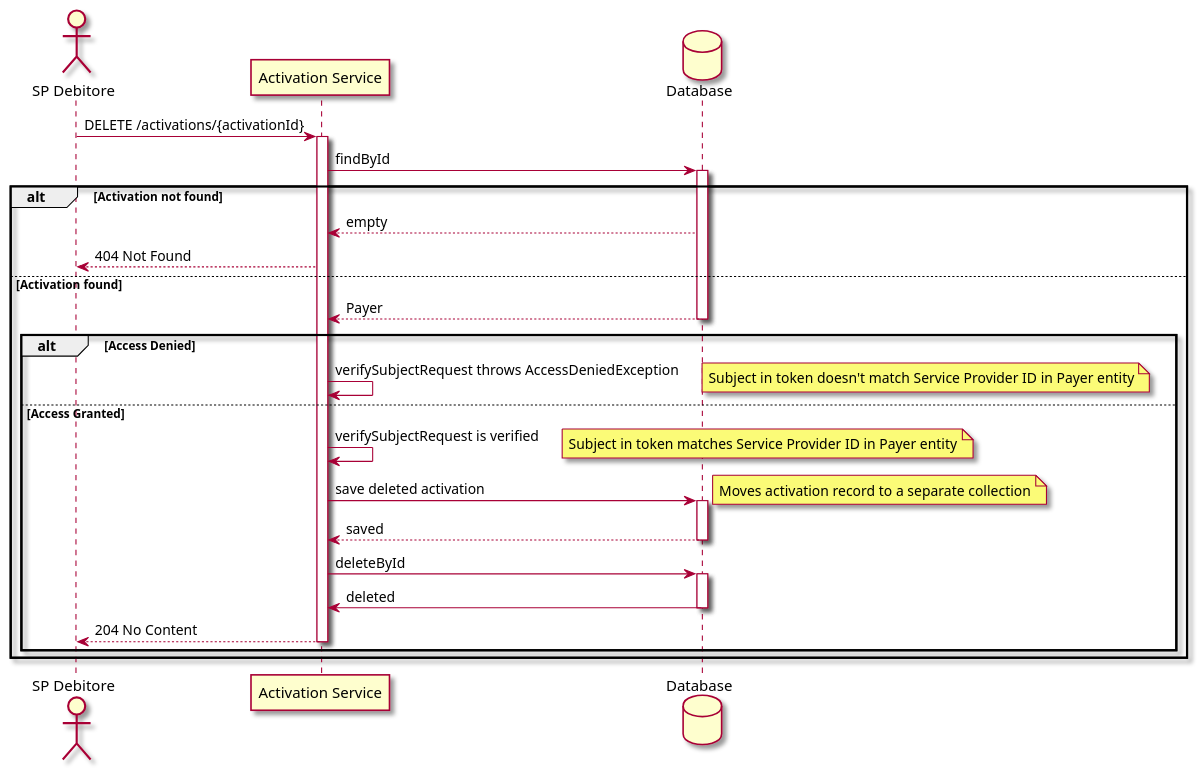
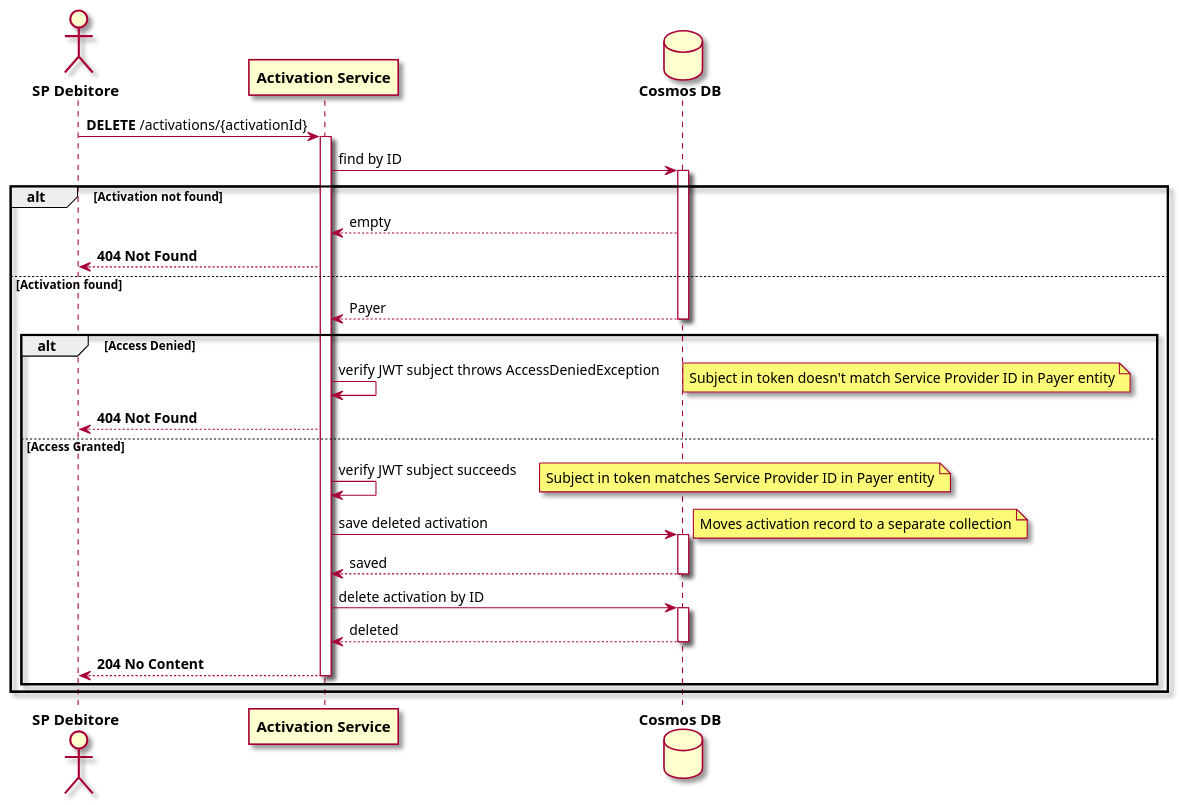
The diagram in diagrams/deactivation.puml (pagopa/rtp-docs), drawn with PlantUML before and after one commit.

Commit message:
feat: [SRTP-508] polish labels

```diff
--- a/diagrams/deactivation.puml
+++ b/diagrams/deactivation.puml
@@ -1,48 +1,43 @@
 @startuml
 
 skin rose
-actor "SP Debitore" as SPD
-participant "Activation Service" as AS
-database "Database" as DB
+actor "**SP Debitore**" as SPD
+participant "**Activation Service**" as AS
+database "**Cosmos DB**" as DB
 
-SPD -> AS: DELETE /activations/{activationId}
-activate AS
+SPD -> AS++: **DELETE** /activations/{activationId}
 
-AS -> DB: findById
+AS -> DB: find by ID
 activate DB
 
-alt Activation not found
+alt **Activation not found**
     DB --> AS: empty
-    AS --> SPD: 404 Not Found
+    AS --> SPD: **404 Not Found**
 
-else Activation found
+else **Activation found**
     DB --> AS: Payer
     deactivate DB
 
-    alt Access Denied
-        AS -> AS: verifySubjectRequest throws AccessDeniedException
+    alt **Access Denied**
+        AS -> AS: verify JWT subject throws AccessDeniedException
         note right: Subject in token doesn't match Service Provider ID in Payer entity
+        AS --> SPD: **404 Not Found**
 
-    else Access Granted
-        AS -> AS: verifySubjectRequest is verified
+    else **Access Granted**
+        AS -> AS: verify JWT subject succeeds
         note right: Subject in token matches Service Provider ID in Payer entity
 
-        AS -> DB: save deleted activation
+        AS -> DB++: save deleted activation
         note right: Moves activation record to a separate collection
-        activate DB
 
-        DB --> AS: saved
-        deactivate DB
+        return saved
 
-        AS -> DB: deleteById
-        activate DB
+        AS -> DB++: delete activation by ID
+        return deleted
 
-        DB -> AS: deleted
-        deactivate DB
-
-        AS --> SPD: 204 No Content
+        AS --> SPD: **204 No Content**
         deactivate AS
     end
 end
 
 @enduml
```
